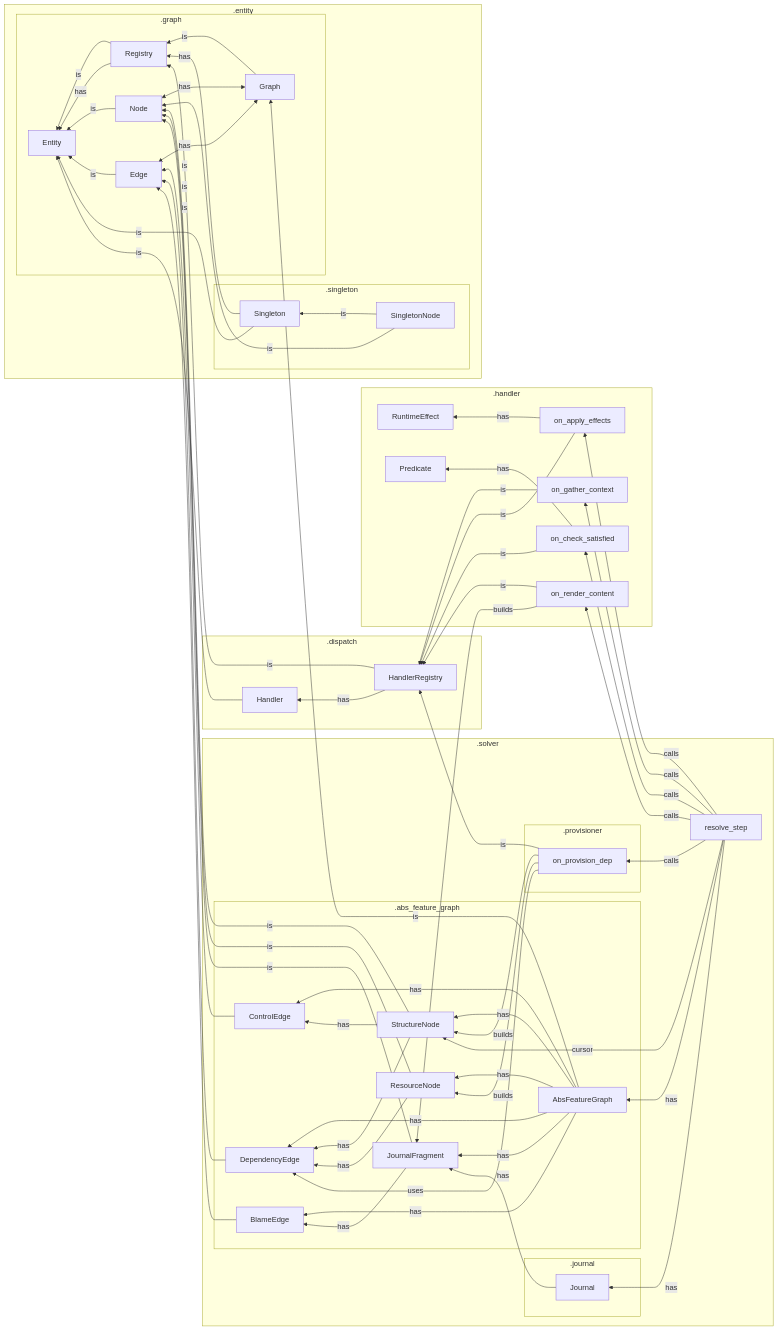
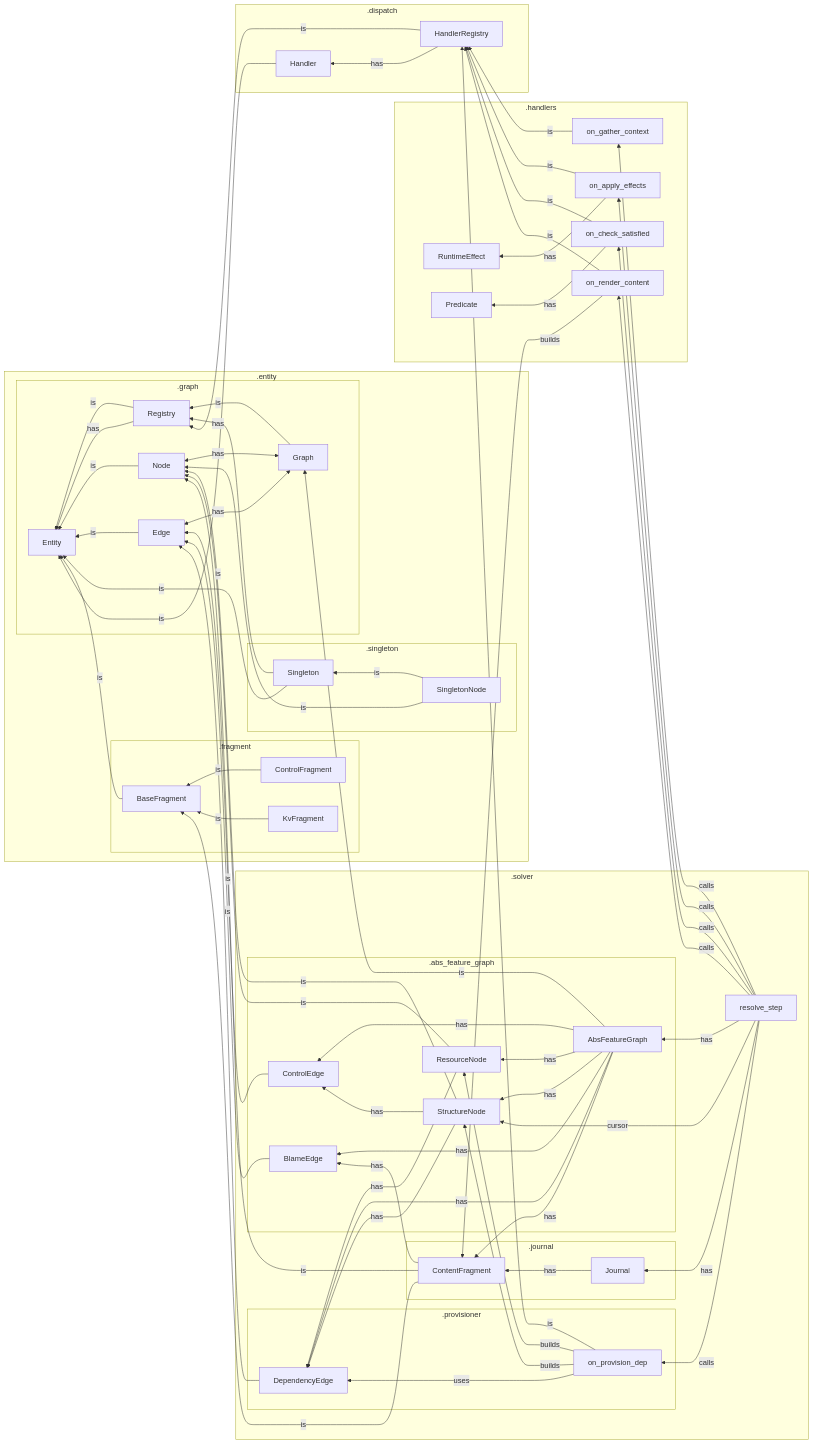
The diagram in engine/src/tangl/core/notes.md (derekmerck/storytangl), drawn with Mermaid before and after one commit. The commit also changed 68 other files, not shown here.

```diff
--- a/engine/src/tangl/core/notes.md
+++ b/engine/src/tangl/core/notes.md
@@ -30,6 +30,11 @@
             SingletonNode -- is --> Singleton
             SingletonNode -- is --> Node
         end
+        subgraph .fragment
+            BaseFragment -- is --> Entity
+            ControlFragment -- is --> BaseFragment
+            KvFragment -- is --> BaseFragment
+        end
             
     end
     
@@ -39,7 +44,7 @@
         HandlerRegistry -- has --> Handler
     end
     
-    subgraph .handler
+    subgraph .handlers
         on_gather_context -- is --> HandlerRegistry
         on_apply_effects -- is --> HandlerRegistry
         on_apply_effects -- has --> RuntimeEffect
@@ -53,23 +58,15 @@
             AbsFeatureGraph -- is --> Graph
             AbsFeatureGraph -- has --> StructureNode
             AbsFeatureGraph -- has --> ResourceNode
-            AbsFeatureGraph -- has --> JournalFragment
             AbsFeatureGraph -- has --> ControlEdge
-            AbsFeatureGraph -- has --> DependencyEdge
             AbsFeatureGraph -- has --> BlameEdge
             
             StructureNode -- is --> Node
             StructureNode -- has --> ControlEdge
-            StructureNode -- has --> DependencyEdge
-            
+                                    
             ResourceNode -- is --> Node
-            ResourceNode -- has --> DependencyEdge
-            
-            JournalFragment -- is --> Node
-            JournalFragment -- has --> BlameEdge
             
             ControlEdge -- is --> Edge
-            DependencyEdge -- is --> Edge
             BlameEdge -- is --> Edge
             
         end
@@ -78,10 +75,19 @@
             on_provision_dep -- uses --> DependencyEdge
             on_provision_dep -- builds --> ResourceNode
             on_provision_dep -- builds --> StructureNode
+            DependencyEdge -- is --> Edge
+            ResourceNode -- has --> DependencyEdge
+            AbsFeatureGraph -- has --> DependencyEdge
+            StructureNode -- has --> DependencyEdge
+
         end
         subgraph .journal
-            on_render_content -- builds --> JournalFragment
-            Journal -- has --> JournalFragment
+            on_render_content -- builds --> ContentFragment
+            Journal -- has --> ContentFragment
+            ContentFragment -- is --> BaseFragment
+            ContentFragment -- is --> Node
+            ContentFragment -- has --> BlameEdge
+            AbsFeatureGraph -- has --> ContentFragment
         end
         
         resolve_step -- has --> Journal
```
